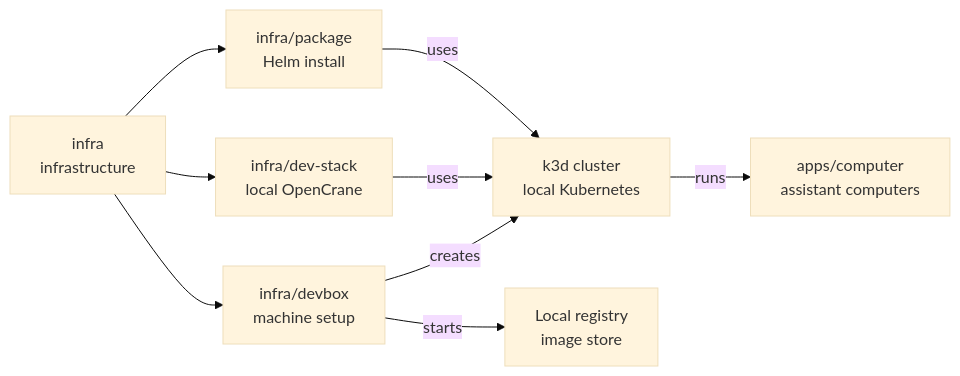
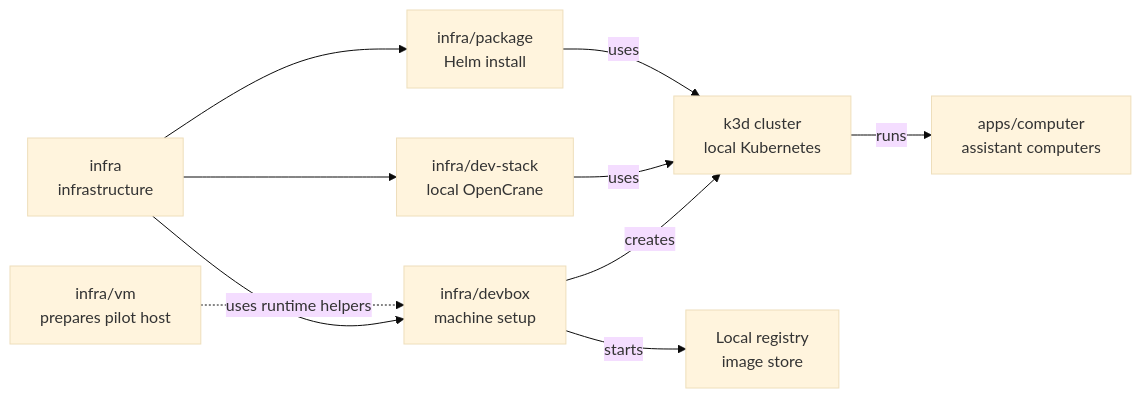
Before and after one commit to elewa-git/opencrane-new: the diagram in infra/devbox/README.md, drawn with Mermaid (base theme). The commit also changed other lines of this file and 246 other files, not shown here.

````diff
--- a/infra/devbox/README.md
+++ b/infra/devbox/README.md
@@ -17,11 +18,12 @@
 ```mermaid
 flowchart LR
   infra["infra<br/>infrastructure"] --> devbox["infra/devbox<br/>machine setup"]
+  vm["infra/vm<br/>prepares pilot host"] -.->|uses runtime helpers| devbox
   infra --> stack["infra/dev-stack<br/>local OpenCrane"]
   infra --> package["infra/package<br/>Helm install"]
   devbox -->|creates| cluster["k3d cluster<br/>local Kubernetes"]
   devbox -->|starts| registry["Local registry<br/>image store"]
   stack -->|uses| cluster
   package -->|uses| cluster
   cluster -->|runs| computers["apps/computer<br/>assistant computers"]
 ```
````
